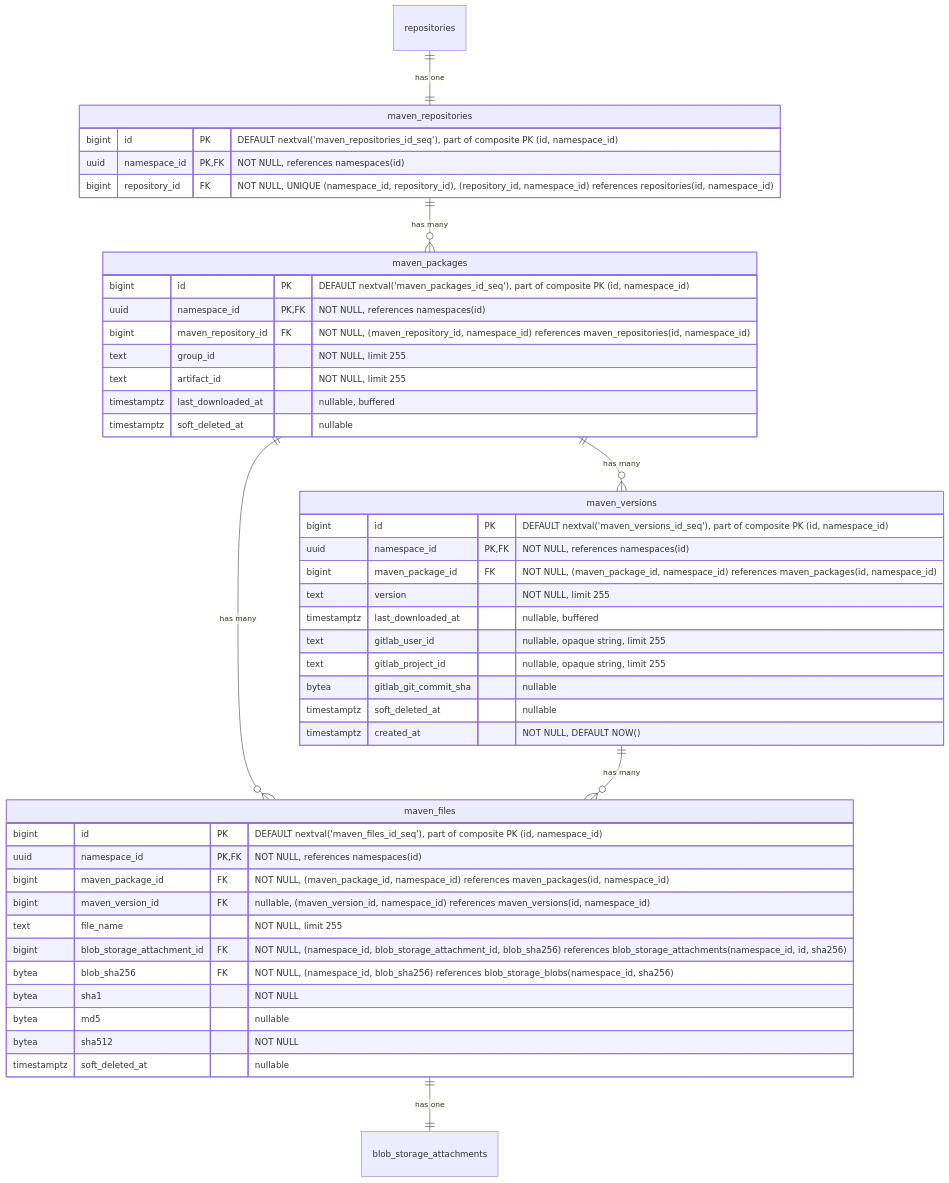
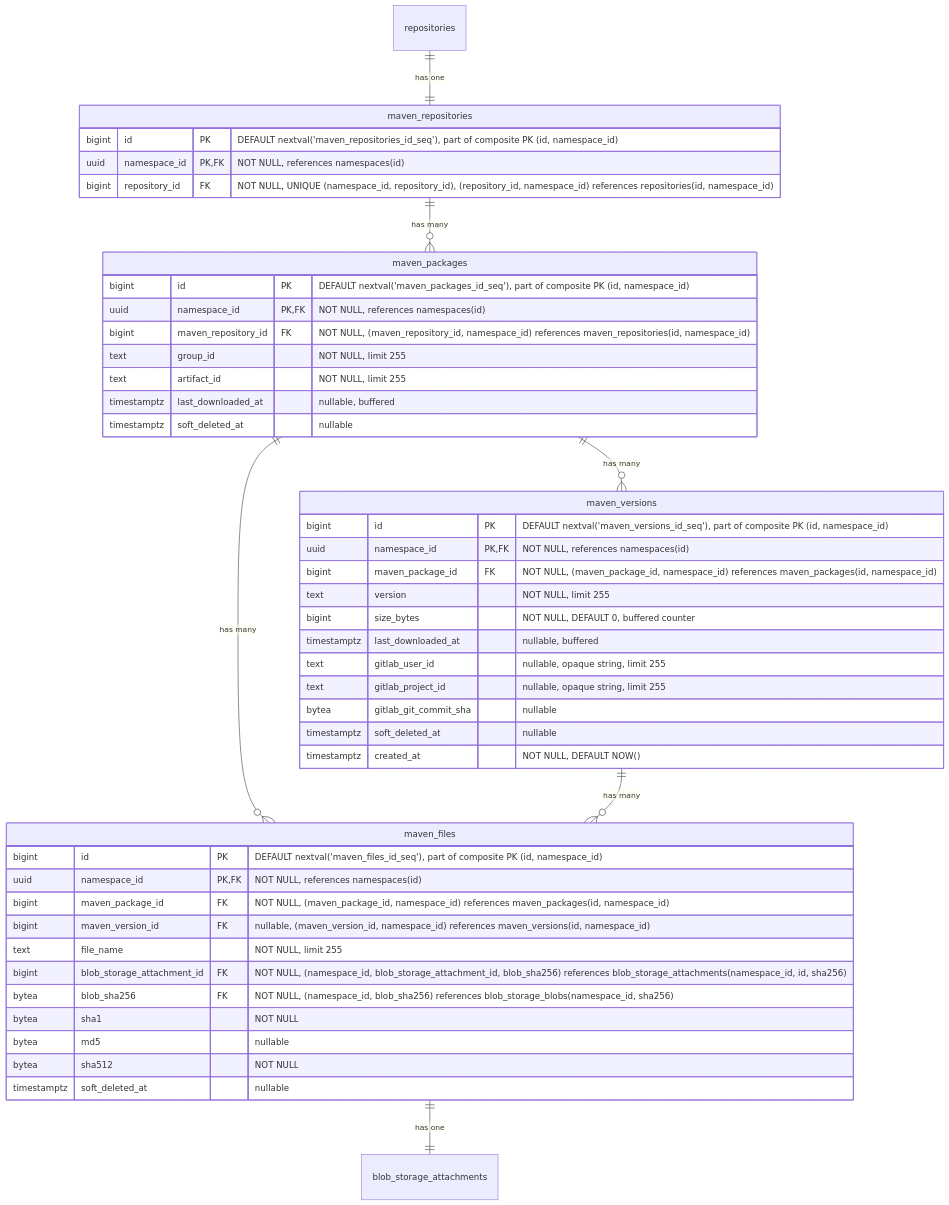
Before and after one commit to kyama0/gitlab-handbook-ja: the tenth of 19 diagrams in content/handbook/engineering/architecture/design-documents/artifact_registry/decisions/007_database_schema.md, drawn with Mermaid. The commit also changed other lines of this file and 75 other files, not shown here.

````diff
--- a/content/handbook/engineering/architecture/design-documents/artifact_registry/decisions/007_database_schema.md
+++ b/content/handbook/engineering/architecture/design-documents/artifact_registry/decisions/007_database_schema.md
@@ -774,52 +786,53 @@
 ```mermaid
 erDiagram
     repositories ||--|| maven_repositories : "has one"
     maven_repositories ||--o{ maven_packages : "has many"
     maven_packages ||--o{ maven_versions : "has many"
     maven_packages ||--o{ maven_files : "has many"
     maven_versions ||--o{ maven_files : "has many"
     maven_files ||--|| blob_storage_attachments : "has one"
 
     maven_repositories {
         bigint id PK "DEFAULT nextval('maven_repositories_id_seq'), part of composite PK (id, namespace_id)"
         uuid namespace_id PK,FK "NOT NULL, references namespaces(id)"
         bigint repository_id FK "NOT NULL, UNIQUE (namespace_id, repository_id), (repository_id, namespace_id) references repositories(id, namespace_id)"
     }
 
     maven_packages {
         bigint id PK "DEFAULT nextval('maven_packages_id_seq'), part of composite PK (id, namespace_id)"
         uuid namespace_id PK,FK "NOT NULL, references namespaces(id)"
         bigint maven_repository_id FK "NOT NULL, (maven_repository_id, namespace_id) references maven_repositories(id, namespace_id)"
         text group_id "NOT NULL, limit 255"
         text artifact_id "NOT NULL, limit 255"
         timestamptz last_downloaded_at "nullable, buffered"
         timestamptz soft_deleted_at "nullable"
     }
 
     maven_versions {
         bigint id PK "DEFAULT nextval('maven_versions_id_seq'), part of composite PK (id, namespace_id)"
         uuid namespace_id PK,FK "NOT NULL, references namespaces(id)"
         bigint maven_package_id FK "NOT NULL, (maven_package_id, namespace_id) references maven_packages(id, namespace_id)"
         text version "NOT NULL, limit 255"
+        bigint size_bytes "NOT NULL, DEFAULT 0, buffered counter"
         timestamptz last_downloaded_at "nullable, buffered"
         text gitlab_user_id "nullable, opaque string, limit 255"
         text gitlab_project_id "nullable, opaque string, limit 255"
         bytea gitlab_git_commit_sha "nullable"
         timestamptz soft_deleted_at "nullable"
         timestamptz created_at "NOT NULL, DEFAULT NOW()"
     }
 
     maven_files {
         bigint id PK "DEFAULT nextval('maven_files_id_seq'), part of composite PK (id, namespace_id)"
         uuid namespace_id PK,FK "NOT NULL, references namespaces(id)"
         bigint maven_package_id FK "NOT NULL, (maven_package_id, namespace_id) references maven_packages(id, namespace_id)"
         bigint maven_version_id FK "nullable, (maven_version_id, namespace_id) references maven_versions(id, namespace_id)"
         text file_name "NOT NULL, limit 255"
         bigint blob_storage_attachment_id FK "NOT NULL, (namespace_id, blob_storage_attachment_id, blob_sha256) references blob_storage_attachments(namespace_id, id, sha256)"
         bytea blob_sha256 FK "NOT NULL, (namespace_id, blob_sha256) references blob_storage_blobs(namespace_id, sha256)"
         bytea sha1 "NOT NULL"
         bytea md5 "nullable"
         bytea sha512 "NOT NULL"
         timestamptz soft_deleted_at "nullable"
     }
 ```
````
